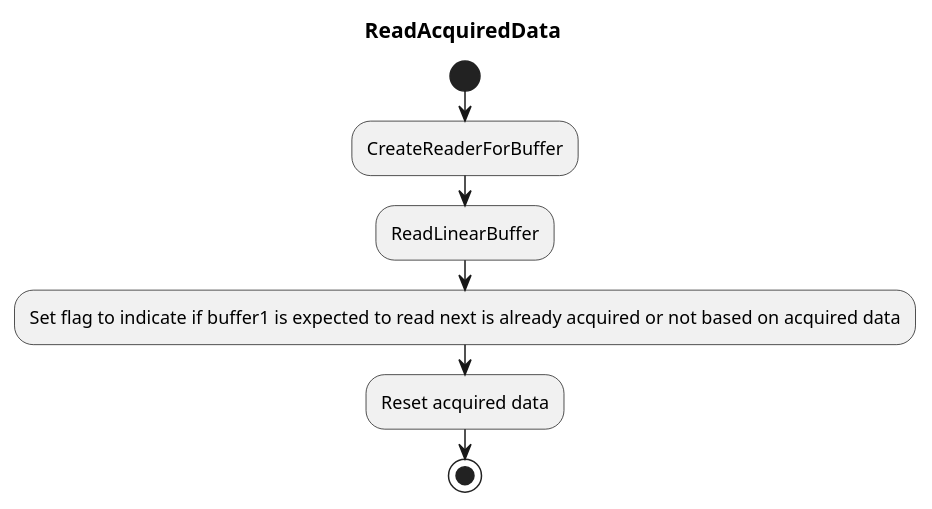
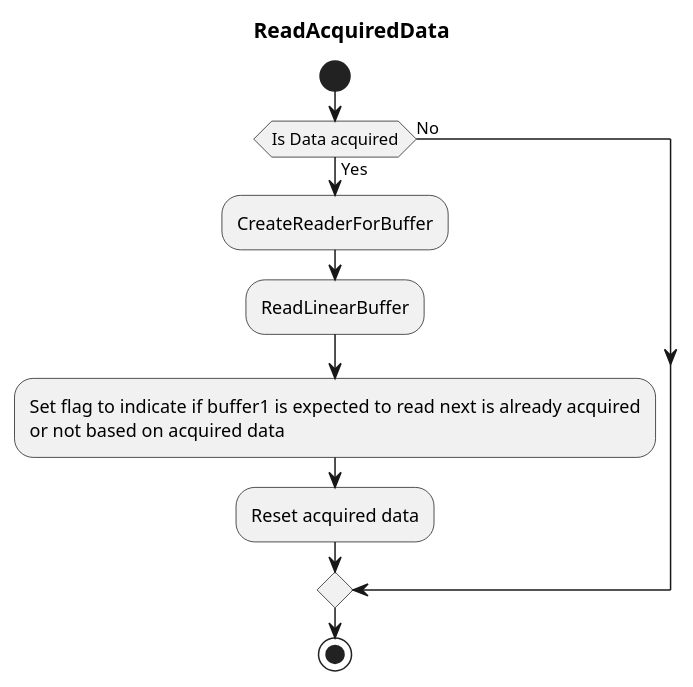
The second of 5 diagrams in design/shared_memory_reader_read.puml (eclipse-score/inc_mw_log), drawn with PlantUML before and after one commit. The commit also changed other lines of this file and 8 other files, not shown here.

Commit message:
Fixing some diagrams

```diff
--- a/design/shared_memory_reader_read.puml
+++ b/design/shared_memory_reader_read.puml
@@ -18,11 +14,15 @@
 @startuml ReadAcquiredData
 title ReadAcquiredData
 
 start
-:CreateReaderForBuffer;
-:ReadLinearBuffer;
-:Set flag to indicate if buffer1 is expected to read next is already acquired or not based on acquired data;
-:Reset acquired data;
+if (Is Data acquired) then (Yes)
+  :CreateReaderForBuffer;
+  :ReadLinearBuffer;
+  :Set flag to indicate if buffer1 is expected to read next is already acquired
+  or not based on acquired data;
+  :Reset acquired data;
+else (No)
+endif
 stop
 
 @enduml
```
